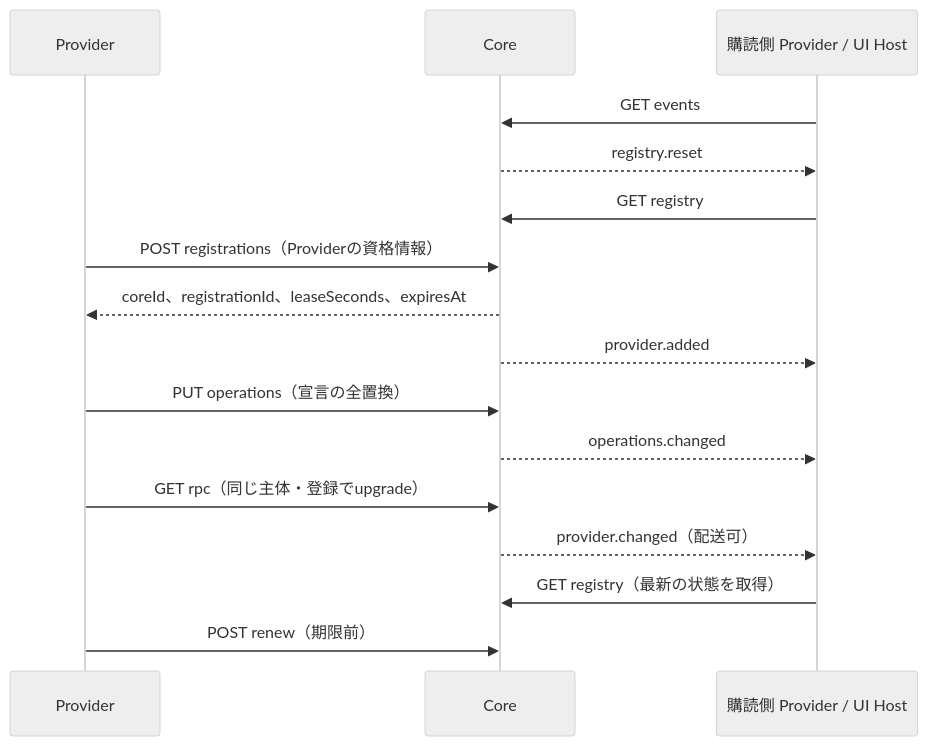
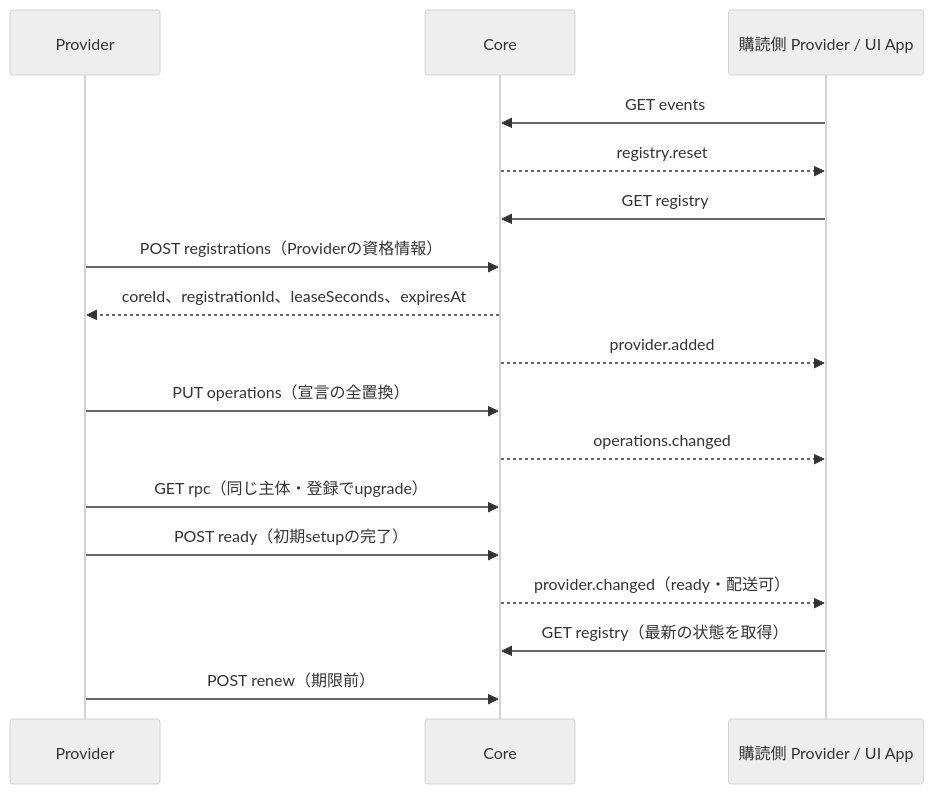
Before and after one commit to naatin777/plugumi: the first of 2 diagrams in docs/contracts/00004-plugin-client-protocol.md, drawn with Mermaid (neutral theme). The commit also changed other lines of this file and 321 other files, not shown here.

````diff
--- a/docs/contracts/00004-plugin-client-protocol.md
+++ b/docs/contracts/00004-plugin-client-protocol.md
@@ -118,18 +145,19 @@
 ```mermaid
 sequenceDiagram
     participant P as Provider
     participant C as Core
-    participant S as 購読側 Provider / UI Host
+    participant S as 購読側 Provider / UI App
     S->>C: GET events
     C-->>S: registry.reset
     S->>C: GET registry
     P->>C: POST registrations（Providerの資格情報）
     C-->>P: coreId、registrationId、leaseSeconds、expiresAt
     C-->>S: provider.added
     P->>C: PUT operations（宣言の全置換）
     C-->>S: operations.changed
     P->>C: GET rpc（同じ主体・登録でupgrade）
-    C-->>S: provider.changed（配送可）
+    P->>C: POST ready（初期setupの完了）
+    C-->>S: provider.changed（ready・配送可）
     S->>C: GET registry（最新の状態を取得）
     P->>C: POST renew（期限前）
 ```
````
